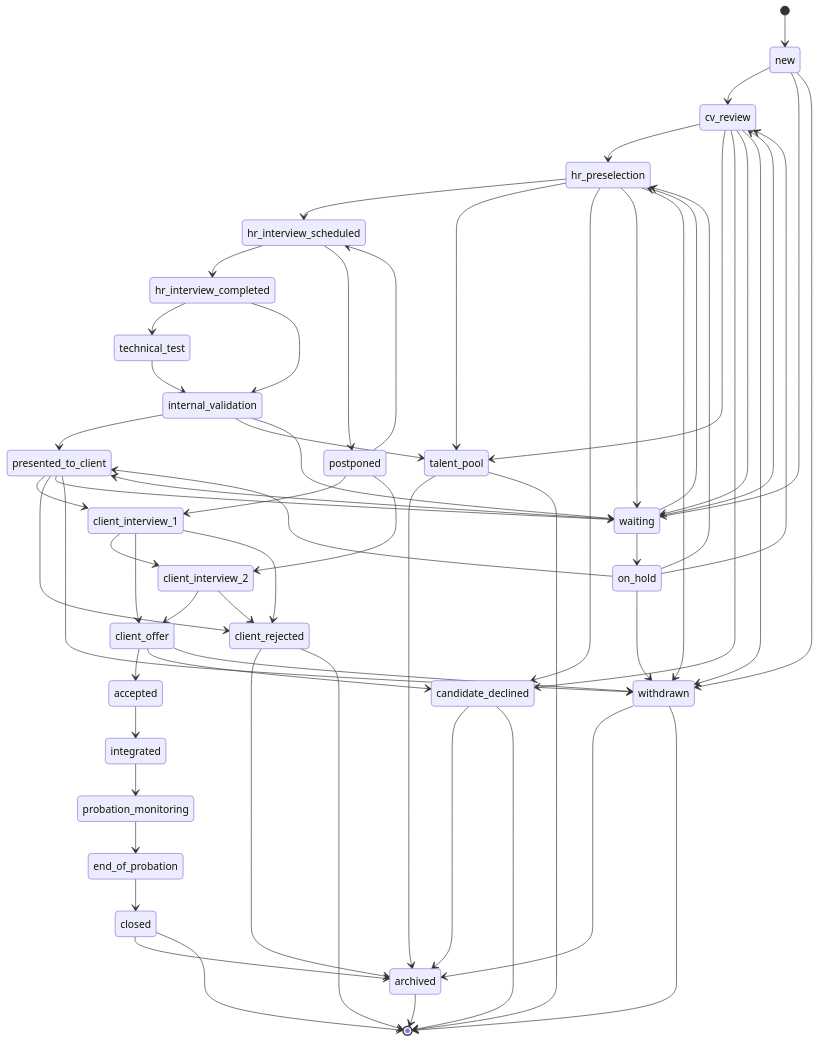
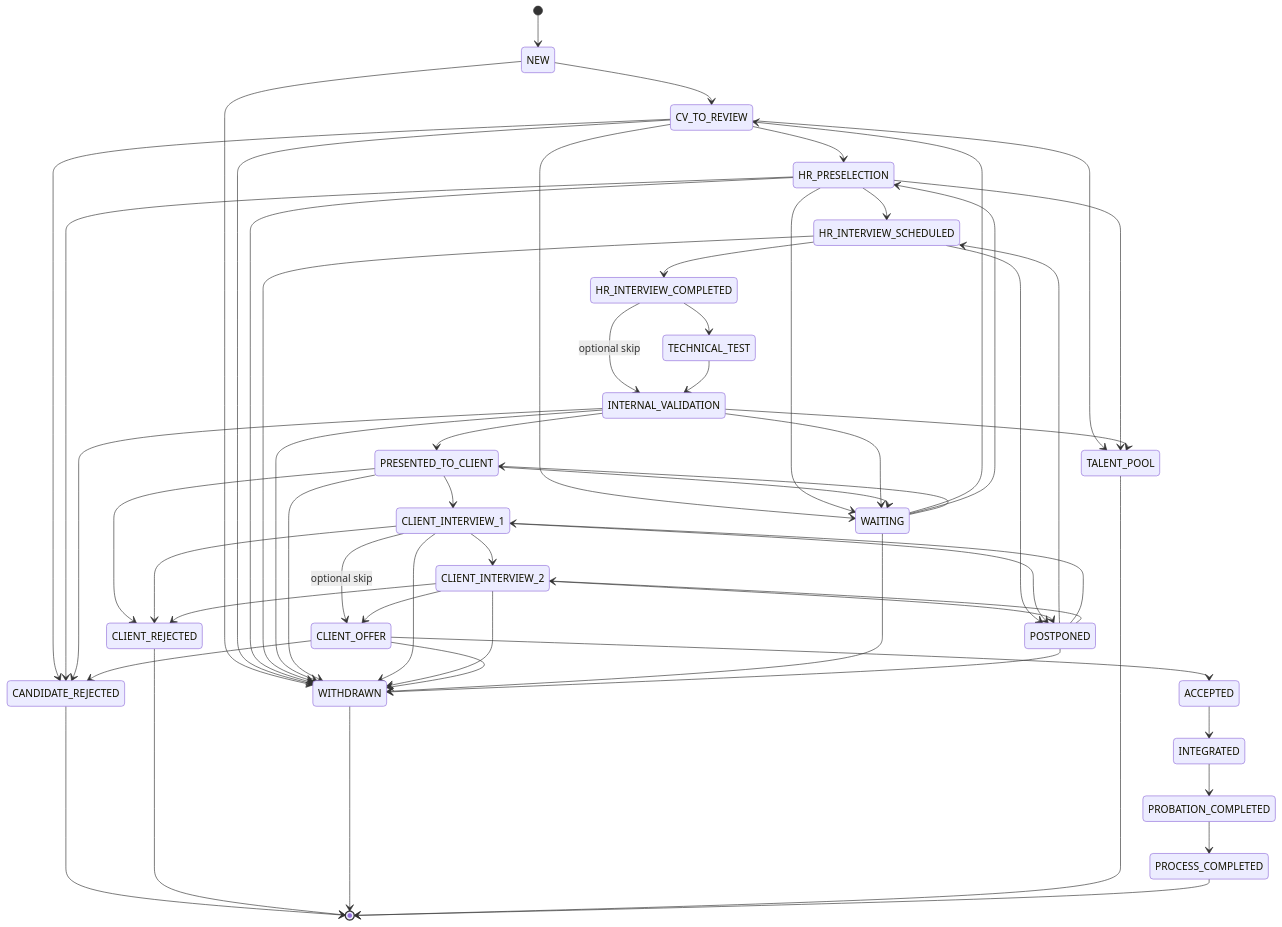
Before and after one commit to cyberdr1ft3r/hire-me-platform: the first of 6 diagrams in docs/workflows.md, drawn with Mermaid. The commit also changed other lines of this file and 25 other files, not shown here.

````diff
--- a/docs/workflows.md
+++ b/docs/workflows.md
@@ -58,63 +65,59 @@
 ```mermaid
 stateDiagram-v2
-    [*] --> new
-    new --> cv_review
-    cv_review --> hr_preselection
-    cv_review --> talent_pool
-    cv_review --> candidate_declined
-    hr_preselection --> hr_interview_scheduled
-    hr_preselection --> talent_pool
-    hr_preselection --> candidate_declined
-    hr_interview_scheduled --> hr_interview_completed
-    hr_interview_scheduled --> postponed
-    hr_interview_completed --> technical_test
-    hr_interview_completed --> internal_validation
-    technical_test --> internal_validation
-    internal_validation --> presented_to_client
-    internal_validation --> talent_pool
-    presented_to_client --> client_interview_1
-    presented_to_client --> client_rejected
-    client_interview_1 --> client_interview_2
-    client_interview_1 --> client_offer
-    client_interview_1 --> client_rejected
-    client_interview_2 --> client_offer
-    client_interview_2 --> client_rejected
-    client_offer --> accepted
-    client_offer --> candidate_declined
-    accepted --> integrated
-    integrated --> probation_monitoring
-    probation_monitoring --> end_of_probation
-    end_of_probation --> closed
-    new --> waiting
-    cv_review --> waiting
-    hr_preselection --> waiting
-    internal_validation --> waiting
-    presented_to_client --> waiting
-    waiting --> cv_review
-    waiting --> hr_preselection
-    waiting --> presented_to_client
-    waiting --> on_hold
-    on_hold --> cv_review
-    on_hold --> hr_preselection
-    on_hold --> presented_to_client
-    on_hold --> withdrawn
-    postponed --> hr_interview_scheduled
-    postponed --> client_interview_1
-    postponed --> client_interview_2
-    new --> withdrawn
-    cv_review --> withdrawn
-    hr_preselection --> withdrawn
-    presented_to_client --> withdrawn
-    client_offer --> withdrawn
-    closed --> archived
-    candidate_declined --> archived
-    client_rejected --> archived
-    withdrawn --> archived
-    talent_pool --> archived
-    closed --> [*]
-    candidate_declined --> [*]
-    client_rejected --> [*]
-    withdrawn --> [*]
-    talent_pool --> [*]
-    archived --> [*]
+    [*] --> NEW
+    NEW --> CV_TO_REVIEW
+    NEW --> WITHDRAWN
+    CV_TO_REVIEW --> HR_PRESELECTION
+    CV_TO_REVIEW --> WAITING
+    CV_TO_REVIEW --> CANDIDATE_REJECTED
+    CV_TO_REVIEW --> WITHDRAWN
+    CV_TO_REVIEW --> TALENT_POOL
+    HR_PRESELECTION --> HR_INTERVIEW_SCHEDULED
+    HR_PRESELECTION --> WAITING
+    HR_PRESELECTION --> CANDIDATE_REJECTED
+    HR_PRESELECTION --> WITHDRAWN
+    HR_PRESELECTION --> TALENT_POOL
+    HR_INTERVIEW_SCHEDULED --> HR_INTERVIEW_COMPLETED
+    HR_INTERVIEW_SCHEDULED --> POSTPONED
+    HR_INTERVIEW_SCHEDULED --> WITHDRAWN
+    HR_INTERVIEW_COMPLETED --> TECHNICAL_TEST
+    HR_INTERVIEW_COMPLETED --> INTERNAL_VALIDATION: optional skip
+    TECHNICAL_TEST --> INTERNAL_VALIDATION
+    INTERNAL_VALIDATION --> PRESENTED_TO_CLIENT
+    INTERNAL_VALIDATION --> WAITING
+    INTERNAL_VALIDATION --> CANDIDATE_REJECTED
+    INTERNAL_VALIDATION --> WITHDRAWN
+    INTERNAL_VALIDATION --> TALENT_POOL
+    PRESENTED_TO_CLIENT --> CLIENT_INTERVIEW_1
+    PRESENTED_TO_CLIENT --> WAITING
+    PRESENTED_TO_CLIENT --> CLIENT_REJECTED
+    PRESENTED_TO_CLIENT --> WITHDRAWN
+    CLIENT_INTERVIEW_1 --> CLIENT_INTERVIEW_2
+    CLIENT_INTERVIEW_1 --> CLIENT_OFFER: optional skip
+    CLIENT_INTERVIEW_1 --> POSTPONED
+    CLIENT_INTERVIEW_1 --> CLIENT_REJECTED
+    CLIENT_INTERVIEW_1 --> WITHDRAWN
+    CLIENT_INTERVIEW_2 --> CLIENT_OFFER
+    CLIENT_INTERVIEW_2 --> POSTPONED
+    CLIENT_INTERVIEW_2 --> CLIENT_REJECTED
+    CLIENT_INTERVIEW_2 --> WITHDRAWN
+    CLIENT_OFFER --> ACCEPTED
+    CLIENT_OFFER --> CANDIDATE_REJECTED
+    CLIENT_OFFER --> WITHDRAWN
+    ACCEPTED --> INTEGRATED
+    INTEGRATED --> PROBATION_COMPLETED
+    PROBATION_COMPLETED --> PROCESS_COMPLETED
+    WAITING --> CV_TO_REVIEW
+    WAITING --> HR_PRESELECTION
+    WAITING --> PRESENTED_TO_CLIENT
+    WAITING --> WITHDRAWN
+    POSTPONED --> HR_INTERVIEW_SCHEDULED
+    POSTPONED --> CLIENT_INTERVIEW_1
+    POSTPONED --> CLIENT_INTERVIEW_2
+    POSTPONED --> WITHDRAWN
+    CANDIDATE_REJECTED --> [*]
+    CLIENT_REJECTED --> [*]
+    WITHDRAWN --> [*]
+    TALENT_POOL --> [*]
+    PROCESS_COMPLETED --> [*]
 ```
````
